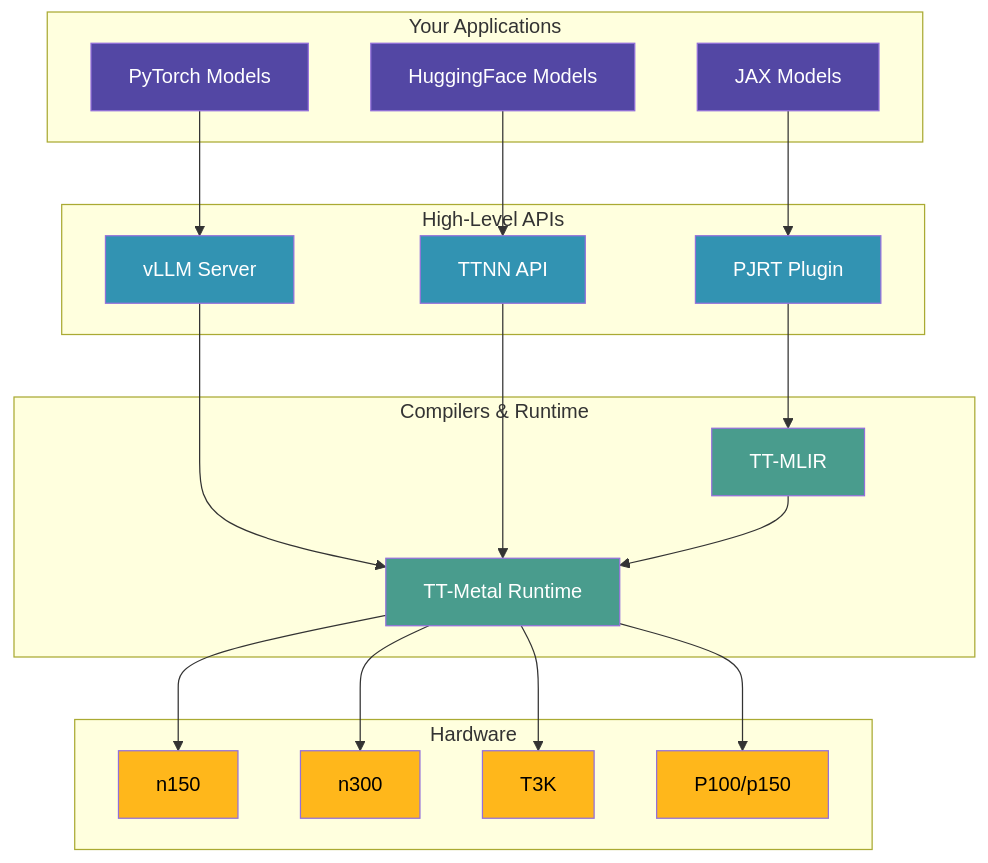
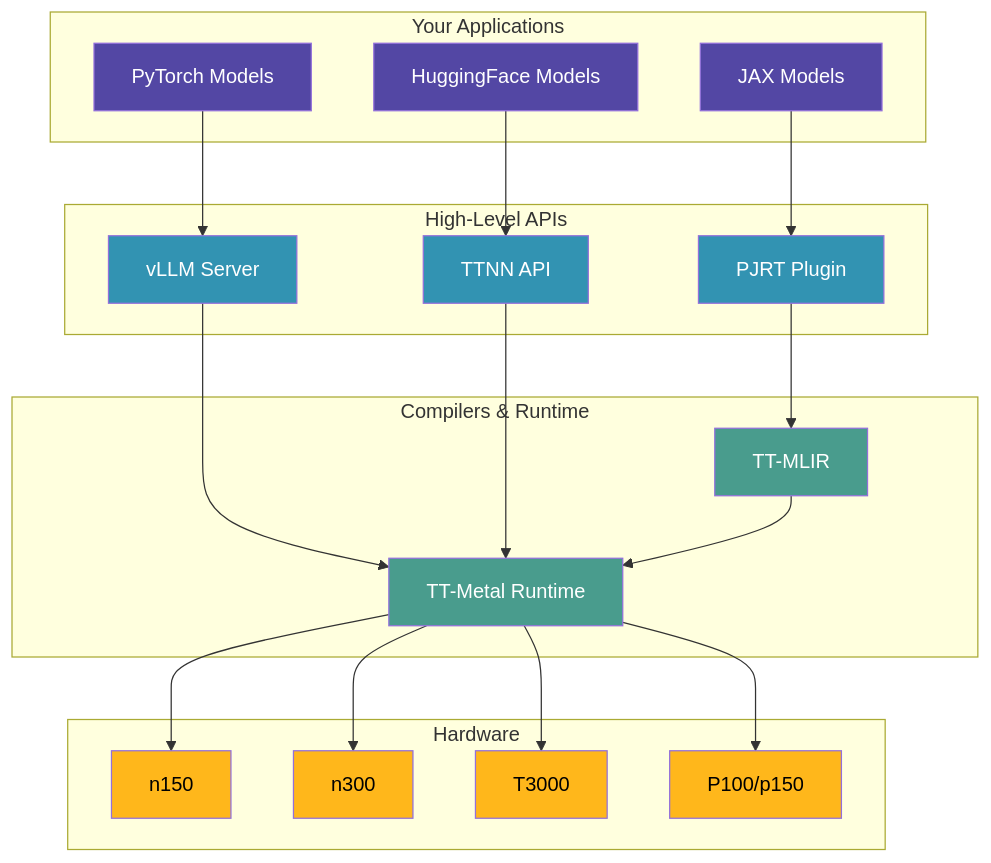
One commit to tenstorrent/tt-vscode-toolkit changed the second of 2 diagrams in content/pages/step-zero.md. Above: the diagram before and after it, drawn with Mermaid. The commit also changed other lines of this file and 54 other files, not shown here.

````diff
--- a/content/pages/step-zero.md
+++ b/content/pages/step-zero.md
@@ -93,53 +93,53 @@
 ```mermaid
 graph TB
     subgraph Applications["Your Applications"]
         JAX[JAX Models]
         PyTorch[PyTorch Models]
         HF[HuggingFace Models]
     end
 
     subgraph HighLevel["High-Level APIs"]
         vLLM[vLLM Server]
         PJRT[PJRT Plugin]
         TTNN[TTNN API]
     end
 
     subgraph Compiler["Compilers & Runtime"]
         TTMLIR[TT-MLIR]
         TTMetal[TT-Metal Runtime]
     end
 
     subgraph Hardware["Hardware"]
         n150[n150]
         n300[n300]
-        T3K[T3K]
+        T3000[T3000]
         P100[P100/p150]
     end
 
     JAX --> PJRT
     PyTorch --> vLLM
     HF --> TTNN
 
     vLLM --> TTMetal
     PJRT --> TTMLIR
     TTNN --> TTMetal
 
     TTMLIR --> TTMetal
     TTMetal --> n150
     TTMetal --> n300
-    TTMetal --> T3K
+    TTMetal --> T3000
     TTMetal --> P100
 
     style JAX fill:#5347a4,color:#fff
     style PyTorch fill:#5347a4,color:#fff
     style HF fill:#5347a4,color:#fff
     style vLLM fill:#3293b2,color:#fff
     style PJRT fill:#3293b2,color:#fff
     style TTNN fill:#3293b2,color:#fff
     style TTMLIR fill:#499c8d,color:#fff
     style TTMetal fill:#499c8d,color:#fff
     style n150 fill:#ffb71b,color:#000
     style n300 fill:#ffb71b,color:#000
-    style T3K fill:#ffb71b,color:#000
+    style T3000 fill:#ffb71b,color:#000
     style P100 fill:#ffb71b,color:#000
 ```
````
